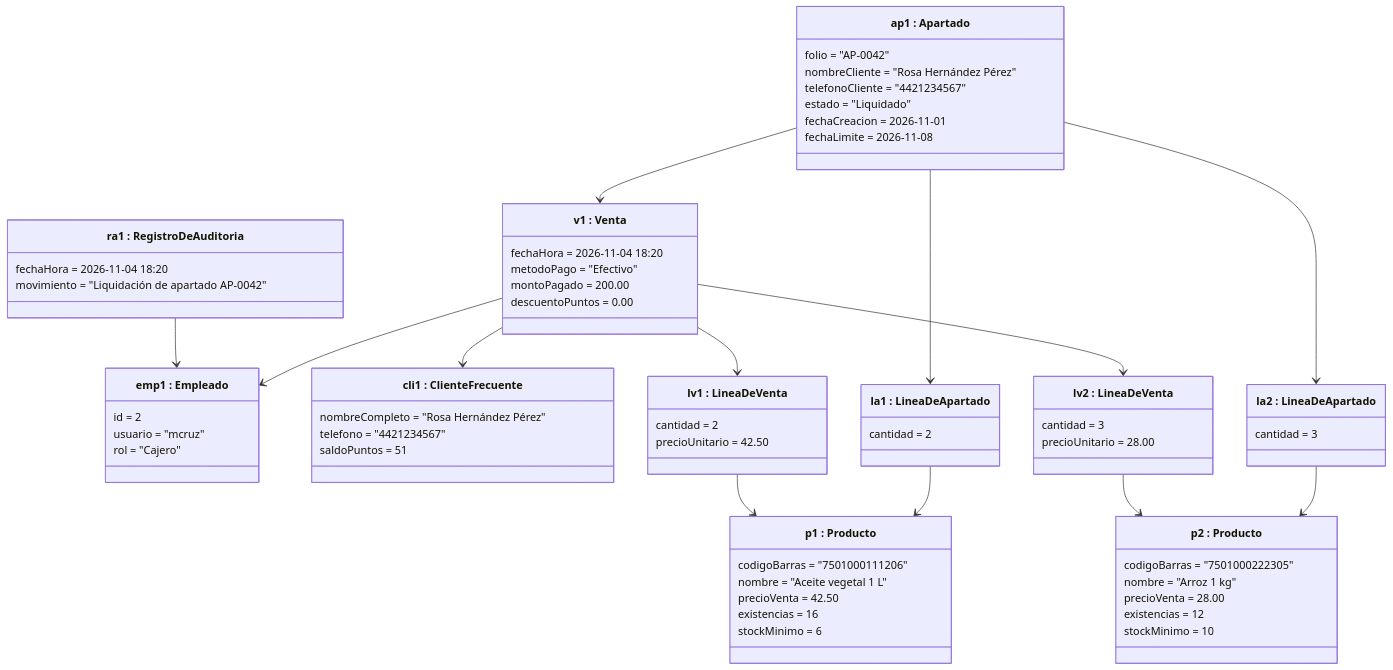
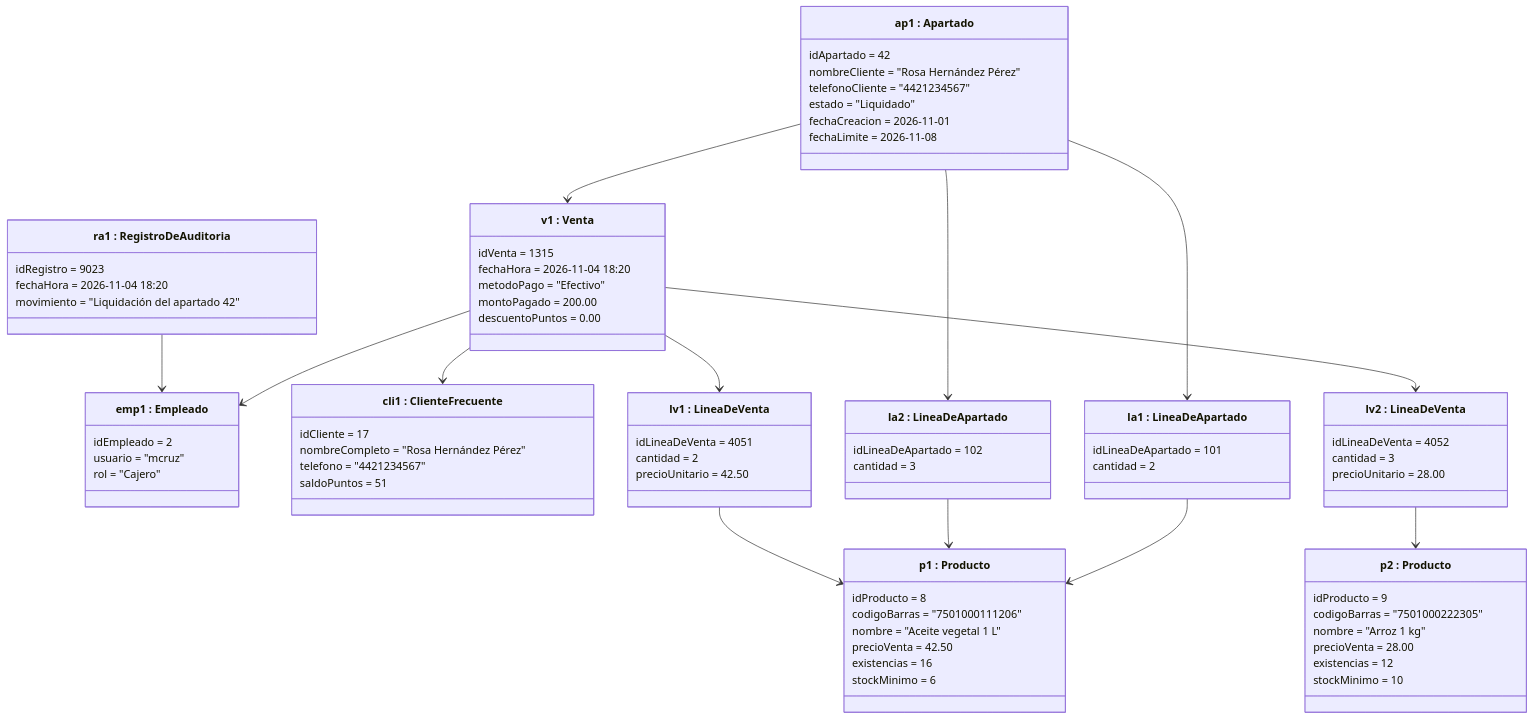
One commit to Invader395/Ingenieria-de-Software changed the fifth of 5 diagrams in docs/arch/Diagramas-de-arquitectura-Minimarket-Control.md. Above: the diagram before and after it, drawn with Mermaid. The commit also changed other lines of this file, not shown here.

Commit message:
Update architecture diagram with corrected IDs

````diff
--- a/docs/arch/Diagramas-de-arquitectura-Minimarket-Control.md
+++ b/docs/arch/Diagramas-de-arquitectura-Minimarket-Control.md
@@ -205,72 +216,81 @@
 ```mermaid
 classDiagram
     class emp1["emp1 : Empleado"] {
-        id = 2
+        idEmpleado = 2
         usuario = "mcruz"
         rol = "Cajero"
     }
     class cli1["cli1 : ClienteFrecuente"] {
+        idCliente = 17
         nombreCompleto = "Rosa Hernández Pérez"
         telefono = "4421234567"
         saldoPuntos = 51
     }
     class ap1["ap1 : Apartado"] {
-        folio = "AP-0042"
+        idApartado = 42
         nombreCliente = "Rosa Hernández Pérez"
         telefonoCliente = "4421234567"
         estado = "Liquidado"
         fechaCreacion = 2026-11-01
         fechaLimite = 2026-11-08
     }
     class la1["la1 : LineaDeApartado"] {
+        idLineaDeApartado = 101
         cantidad = 2
     }
     class la2["la2 : LineaDeApartado"] {
+        idLineaDeApartado = 102
         cantidad = 3
     }
     class v1["v1 : Venta"] {
+        idVenta = 1315
         fechaHora = 2026-11-04 18:20
         metodoPago = "Efectivo"
         montoPagado = 200.00
         descuentoPuntos = 0.00
     }
     class lv1["lv1 : LineaDeVenta"] {
+        idLineaDeVenta = 4051
         cantidad = 2
         precioUnitario = 42.50
     }
     class lv2["lv2 : LineaDeVenta"] {
+        idLineaDeVenta = 4052
         cantidad = 3
         precioUnitario = 28.00
     }
     class p1["p1 : Producto"] {
+        idProducto = 8
         codigoBarras = "7501000111206"
         nombre = "Aceite vegetal 1 L"
         precioVenta = 42.50
         existencias = 16
         stockMinimo = 6
     }
     class p2["p2 : Producto"] {
+        idProducto = 9
         codigoBarras = "7501000222305"
         nombre = "Arroz 1 kg"
         precioVenta = 28.00
         existencias = 12
         stockMinimo = 10
     }
     class ra1["ra1 : RegistroDeAuditoria"] {
+        idRegistro = 9023
         fechaHora = 2026-11-04 18:20
-        movimiento = "Liquidación de apartado AP-0042"
+        movimiento = "Liquidación del apartado 42"
     }
 
     ap1 --> la1
     ap1 --> la2
     la1 --> p1
-    la2 --> p2
+    la2 --> p1
     ap1 --> v1
     v1 --> lv1
     v1 --> lv2
     lv1 --> p1
     lv2 --> p2
     v1 --> emp1
     v1 --> cli1
     ra1 --> emp1
 ```
````
